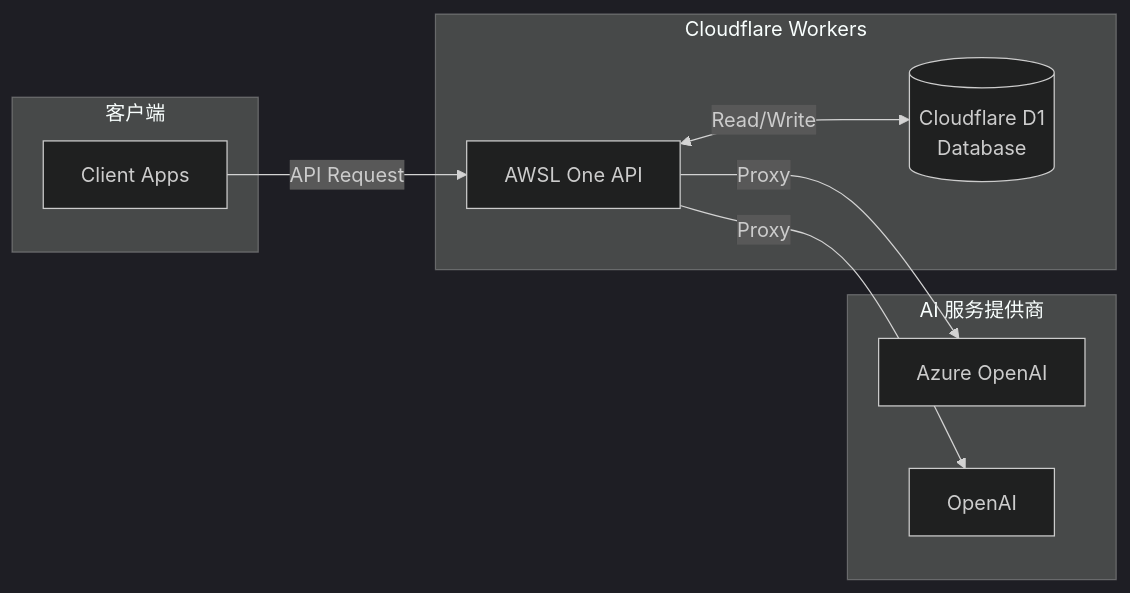
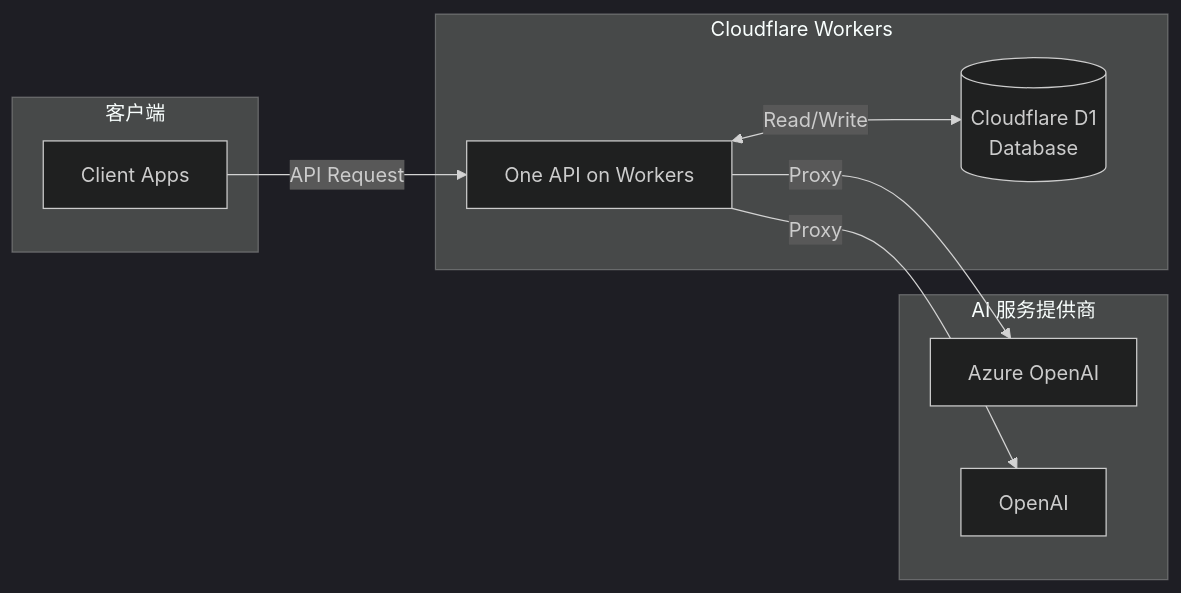
The diagram in README.md (min-zou/one-api-workers), drawn with Mermaid (dark theme) before and after one commit. The commit also changed other lines of this file and 10 other files, not shown here.

Commit message:
feat: 更新项目名称为 One API on Workers

````diff
--- a/README.md
+++ b/README.md
@@ -18,21 +18,21 @@
 ```mermaid
 flowchart LR
     subgraph Clients["客户端"]
         A[Client Apps]
     end
 
     subgraph CF["Cloudflare Workers"]
-        B[AWSL One API]
+        B[One API on Workers]
         D[(Cloudflare D1<br/>Database)]
     end
 
     subgraph Providers["AI 服务提供商"]
         C1[Azure OpenAI]
         C2[OpenAI]
     end
 
     A -->|API Request| B
     B -->|Proxy| C1
     B -->|Proxy| C2
     B <-->|Read/Write| D
 ```
````
